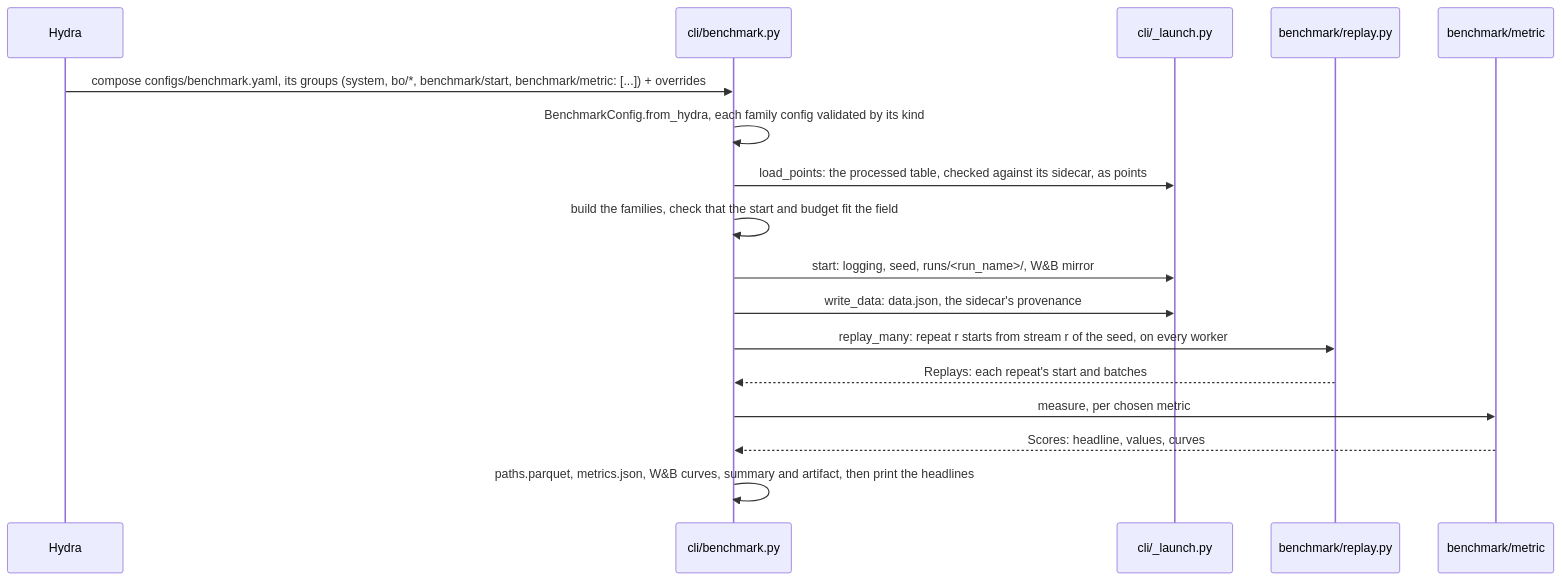
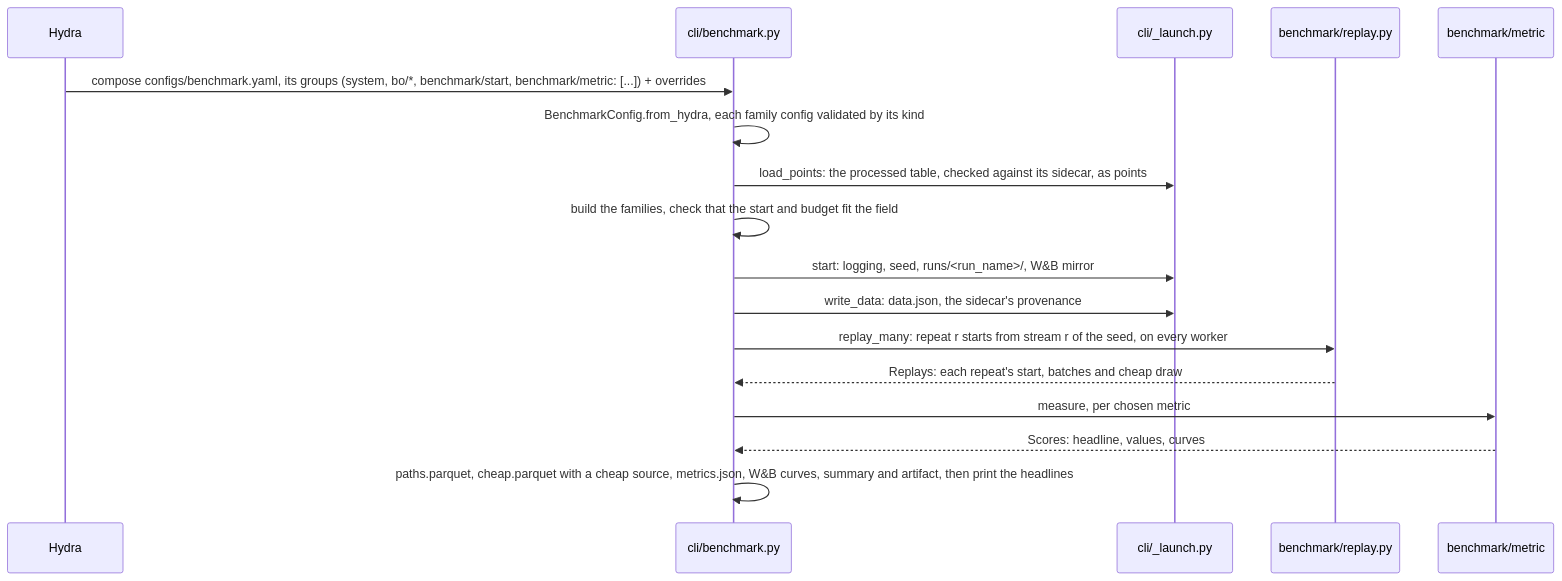
Before and after one commit to nuinashco/PhaseBO: the second of 2 diagrams in CONTRIBUTING.md, drawn with Mermaid. The commit also changed other lines of this file and 48 other files, not shown here.

````diff
--- a/CONTRIBUTING.md
+++ b/CONTRIBUTING.md
@@ -79,19 +83,19 @@
 ```mermaid
 sequenceDiagram
     participant H as Hydra
     participant C as cli/benchmark.py
     participant L as cli/_launch.py
     participant R as benchmark/replay.py
     participant M as benchmark/metric
     H->>C: compose configs/benchmark.yaml, its groups (system, bo/*, benchmark/start, benchmark/metric: [...]) + overrides
     C->>C: BenchmarkConfig.from_hydra, each family config validated by its kind
     C->>L: load_points: the processed table, checked against its sidecar, as points
     C->>C: build the families, check that the start and budget fit the field
     C->>L: start: logging, seed, runs/<run_name>/, W&B mirror
     C->>L: write_data: data.json, the sidecar's provenance
     C->>R: replay_many: repeat r starts from stream r of the seed, on every worker
-    R-->>C: Replays: each repeat's start and batches
+    R-->>C: Replays: each repeat's start, batches and cheap draw
     C->>M: measure, per chosen metric
     M-->>C: Scores: headline, values, curves
-    C->>C: paths.parquet, metrics.json, W&B curves, summary and artifact, then print the headlines
+    C->>C: paths.parquet, cheap.parquet with a cheap source, metrics.json, W&B curves, summary and artifact, then print the headlines
 ```
````
